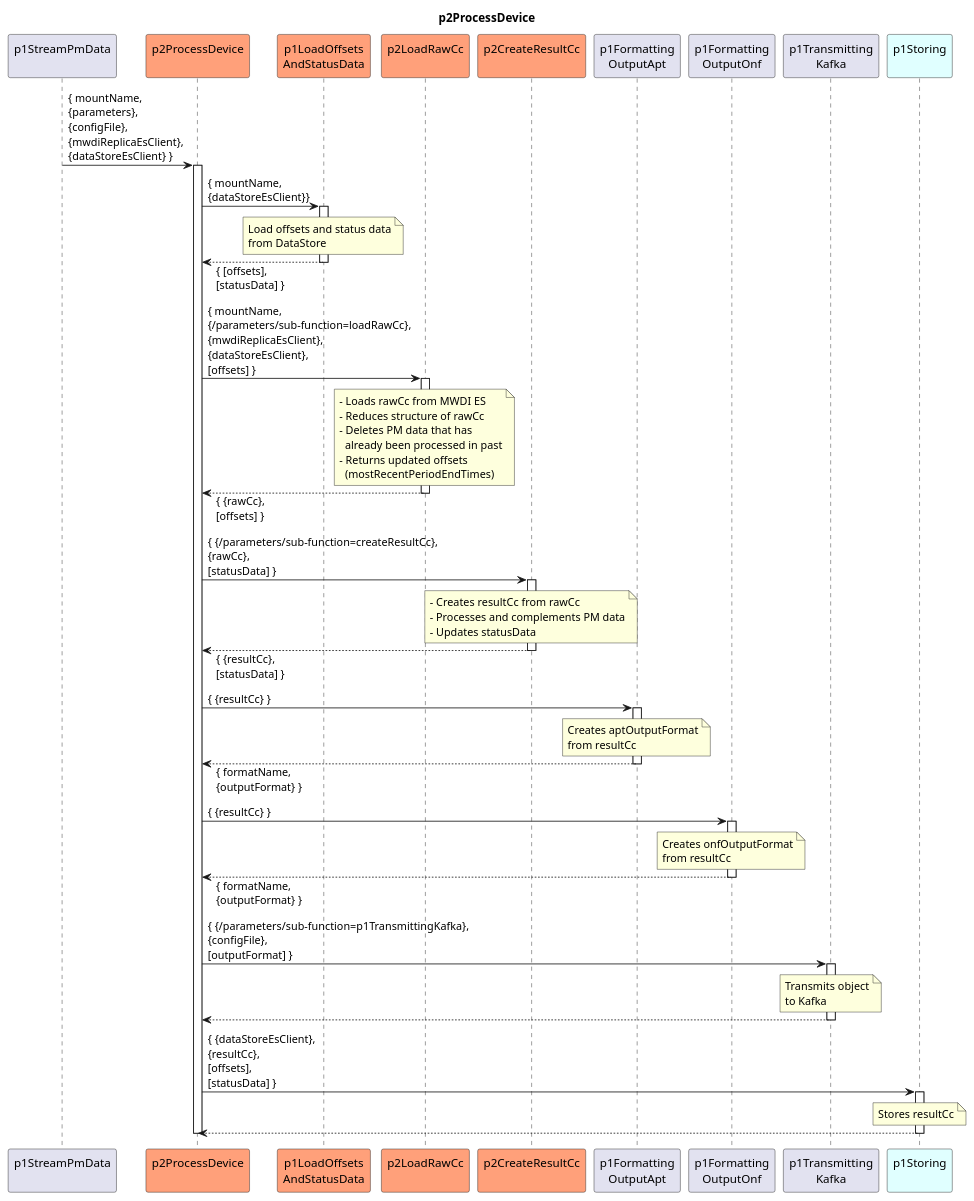
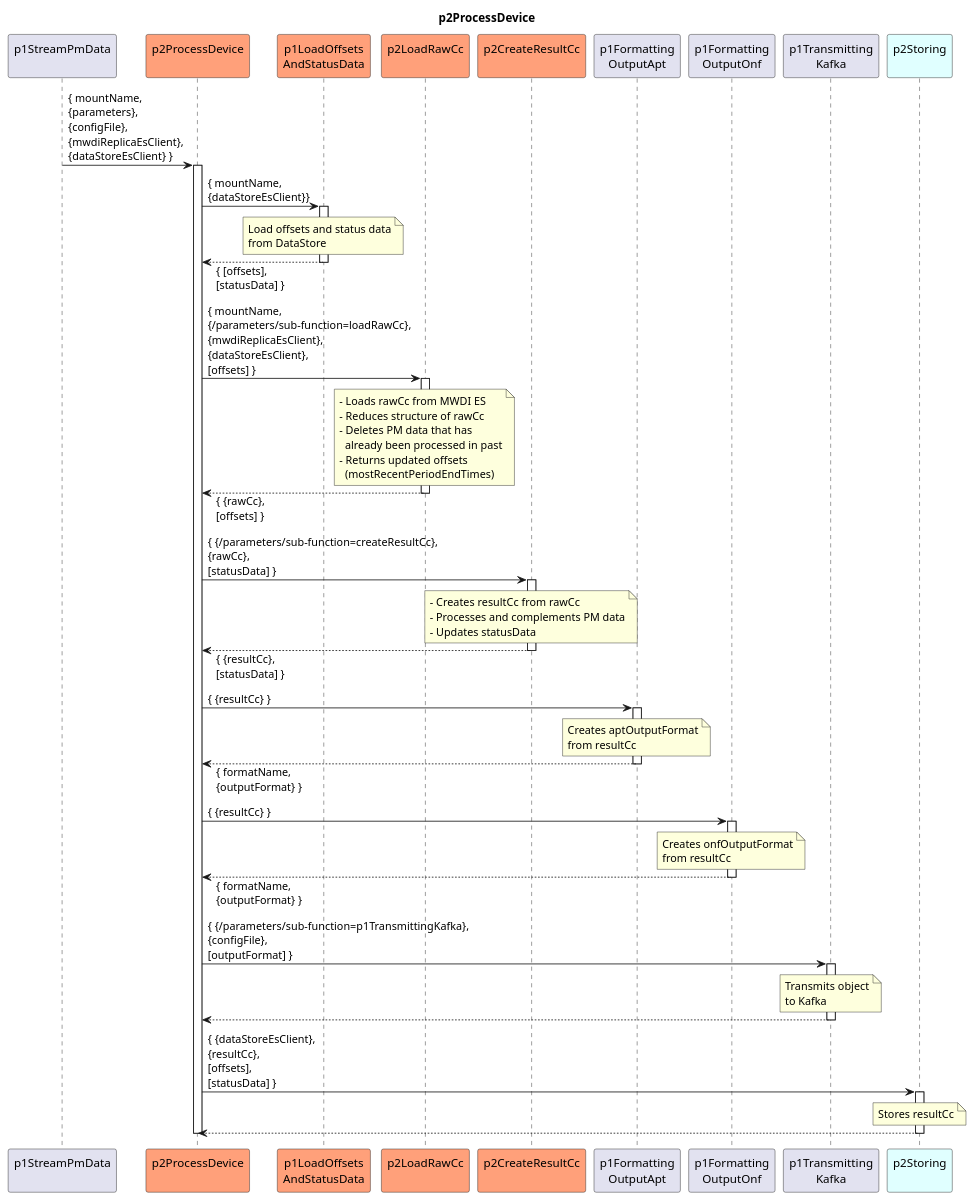
The diagram in spec/Functions/p1StreamPmData/p2ProcessDevice/1.0.0/p2ProcessDevice.plantuml (openBackhaul/DevicePerformanceManagementDataProcessor), drawn with PlantUML before and after one commit. The commit also changed 25 other files, not shown here.

```diff
--- a/spec/Functions/p1StreamPmData/p2ProcessDevice/1.0.0/p2ProcessDevice.plantuml
+++ b/spec/Functions/p1StreamPmData/p2ProcessDevice/1.0.0/p2ProcessDevice.plantuml
@@ -1,112 +1,112 @@
 @startuml p2ProcessDevice
 skinparam responseMessageBelowArrow true
 
 title
   p2ProcessDevice
 end title
 
 participant "p1StreamPmData\n" as requestor
 participant "p2ProcessDevice\n" as cur #LightSalmon
 participant "p1LoadOffsets\nAndStatusData" as p1Offset #LightSalmon
 participant "p2LoadRawCc\n" as p2AddRaw #LightSalmon
 participant "p2CreateResultCc\n" as p2CreateResCc #LightSalmon
 participant "p1Formatting\nOutputApt" as p1OutputApt
 participant "p1Formatting\nOutputOnf" as p1OutputOnf
 participant "p1Transmitting\nKafka" as p1Trans
-participant "p1Storing\n" as p1Store #LightCyan
+participant "p2Storing\n" as p2Store #LightCyan
 
 
 requestor -> cur : { mountName,\n{parameters},\n{configFile},\n{mwdiReplicaEsClient},\n{dataStoreEsClient} }
 activate cur
 
   'LoadOffestsAndStatusData
   cur -> p1Offset: { mountName,\n{dataStoreEsClient}}
   activate p1Offset
 
     note over p1Offset
       Load offsets and status data
       from DataStore
     end note
 
   cur <-- p1Offset: { [offsets],\n[statusData] }
   deactivate p1Offset
 
   'LoadRawCc
   cur -> p2AddRaw : { mountName,\n{/parameters/sub-function=loadRawCc},\n{mwdiReplicaEsClient},\n{dataStoreEsClient},\n[offsets] }
   activate p2AddRaw
 
     note over p2AddRaw
       - Loads rawCc from MWDI ES
       - Reduces structure of rawCc
       - Deletes PM data that has
         already been processed in past
       - Returns updated offsets
         (mostRecentPeriodEndTimes)
     end note
 
   cur <-- p2AddRaw : { {rawCc},\n[offsets] }
   deactivate p2AddRaw
 
   'CreateResultCc
   cur -> p2CreateResCc : { {/parameters/sub-function=createResultCc},\n{rawCc},\n[statusData] }
   activate p2CreateResCc
 
     note over p2CreateResCc
       - Creates resultCc from rawCc
       - Processes and complements PM data
       - Updates statusData
     end note
 
   cur <-- p2CreateResCc :  { {resultCc},\n[statusData] }
   deactivate p2CreateResCc
 
   'FormattingOutputApt
   cur -> p1OutputApt : { {resultCc} }
   activate p1OutputApt
 
     note over p1OutputApt
       Creates aptOutputFormat
       from resultCc
     end note
 
   cur <-- p1OutputApt : { formatName,\n{outputFormat} }
   deactivate p1OutputApt
 
   'FormattingOutputOnf
   cur -> p1OutputOnf : { {resultCc} }
   activate p1OutputOnf
 
     note over p1OutputOnf
       Creates onfOutputFormat
       from resultCc
     end note
 
   cur <-- p1OutputOnf : { formatName,\n{outputFormat} }
   deactivate p1OutputOnf
 
   'TransmittingKafka
   cur -> p1Trans : { {/parameters/sub-function=p1TransmittingKafka},\n{configFile},\n[outputFormat] }
   activate p1Trans
 
     note over p1Trans
       Transmits object
       to Kafka
     end note
 
   cur <-- p1Trans
   deactivate p1Trans
 
   'Storing
-  cur -> p1Store : { {dataStoreEsClient},\n{resultCc},\n[offsets],\n[statusData] }
-  activate p1Store
+  cur -> p2Store : { {dataStoreEsClient},\n{resultCc},\n[offsets],\n[statusData] }
+  activate p2Store
 
-    note over p1Store
+    note over p2Store
       Stores resultCc
     end note
 
-  cur <-- p1Store
-  deactivate p1Store
+  cur <-- p2Store
+  deactivate p2Store
 
 deactivate cur
 
 @enduml
```
